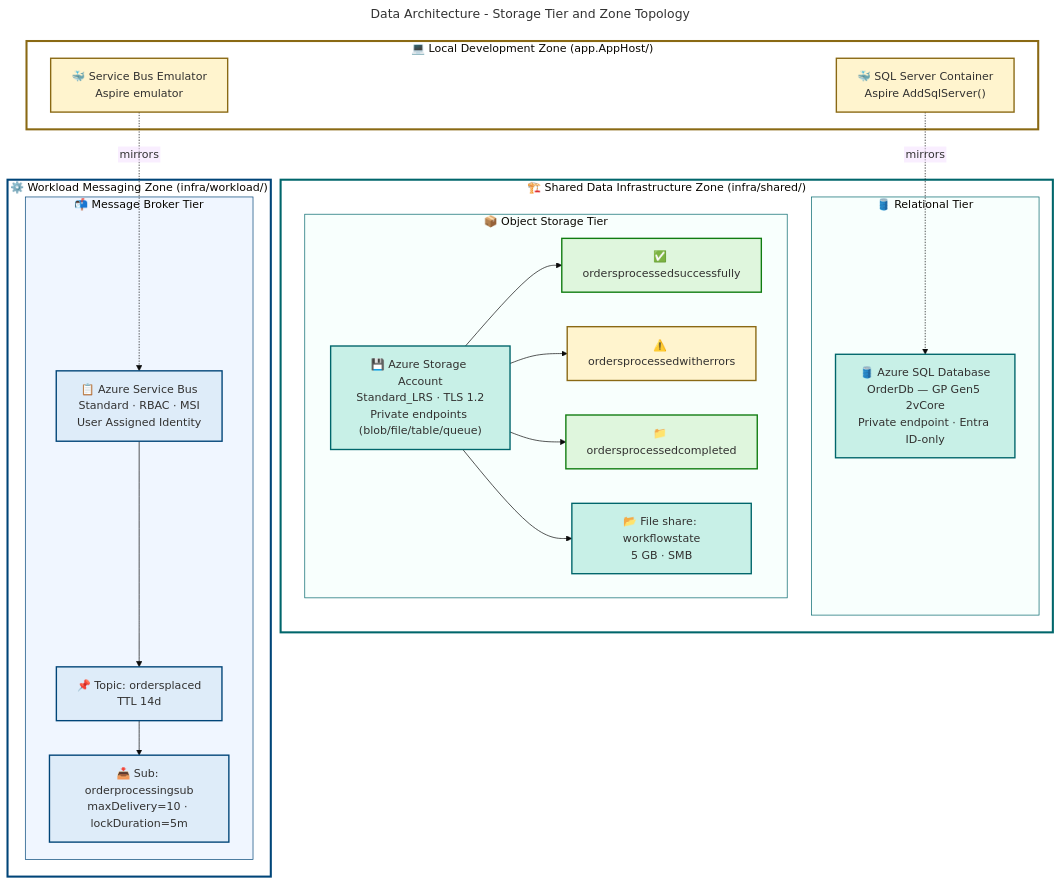
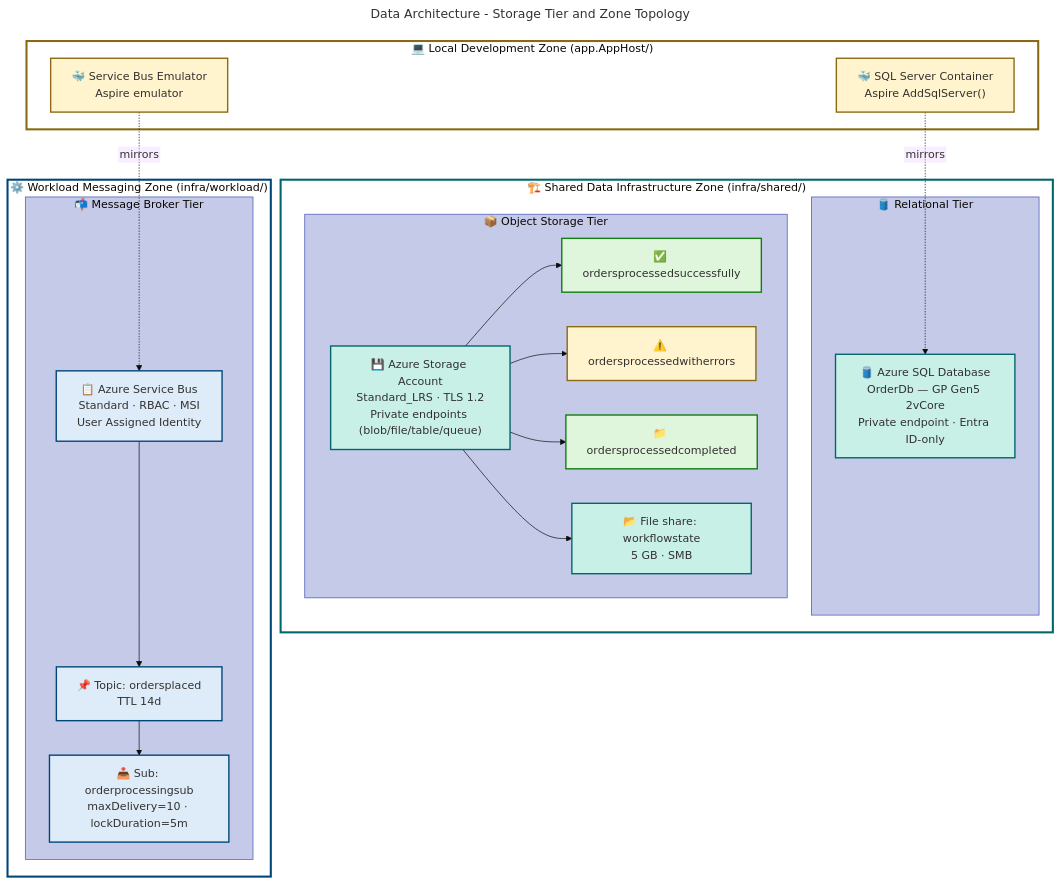
The first of 4 diagrams in docs/architecture/Data-Layer-Architecture.md (Evilazaro/Azure-LogicApps-Monitoring), drawn with Mermaid before and after one commit. The commit also changed other lines of this file, not shown here.

Commit message:
docs: update styling in Data Layer Architecture diagrams for improved visual consistency

````diff
--- a/docs/architecture/Data-Layer-Architecture.md
+++ b/docs/architecture/Data-Layer-Architecture.md
@@ -187,73 +187,73 @@
 ```mermaid
 ---
 title: Data Architecture - Storage Tier and Zone Topology
 config:
   theme: base
   themeVariables:
     fontSize: '16px'
   flowchart:
     htmlLabels: false
 ---
 flowchart TB
     accTitle: Data Architecture Storage Tier and Zone Topology
     accDescr: Shows the three-tier storage architecture with data zones, network isolation, and governance controls
 
     %% ═══════════════════════════════════════════════════════════════════════════
     %% AZURE / FLUENT ARCHITECTURE PATTERN v1.1
     %% (Semantic + Structural + Font + Accessibility Governance)
     %% ═══════════════════════════════════════════════════════════════════════════
     %% PHASE 1 - STRUCTURAL: TB direction, 3 tiers, shared + workload zones
     %% PHASE 2 - SEMANTIC: 4 colors (azureBlue, presenceTeal, warningOrange, successGreen)
     %% PHASE 3 - FONT: Dark text #323130 on light backgrounds (WCAG AA)
     %% PHASE 4 - ACCESSIBILITY: accTitle/accDescr present, icons on all nodes
     %% PHASE 5 - STANDARD: v1.1 format, style directives for subgraphs
     %% ═══════════════════════════════════════════════════════════════════════════
 
     subgraph sharedInfra["🏗️ Shared Data Infrastructure Zone (infra/shared/)"]
         subgraph relational["🛢️ Relational Tier"]
             SQL["🛢️ Azure SQL Database\nOrderDb — GP Gen5 2vCore\nPrivate endpoint · Entra ID-only"]:::presenceTeal
         end
         subgraph objectStorage["📦 Object Storage Tier"]
             STORAGE["💾 Azure Storage Account\nStandard_LRS · TLS 1.2\nPrivate endpoints (blob/file/table/queue)"]:::presenceTeal
             BLOB_OK["✅ ordersprocessedsuccessfully"]:::successGreen
             BLOB_ERR["⚠️ ordersprocessedwitherrors"]:::warningOrange
             BLOB_DONE["📁 ordersprocessedcompleted"]:::successGreen
             FILESHARE["📂 File share: workflowstate\n5 GB · SMB"]:::presenceTeal
         end
         STORAGE --> BLOB_OK
         STORAGE --> BLOB_ERR
         STORAGE --> BLOB_DONE
         STORAGE --> FILESHARE
     end
 
     subgraph workloadInfra["⚙️ Workload Messaging Zone (infra/workload/)"]
         subgraph messaging["📬 Message Broker Tier"]
             SB["📋 Azure Service Bus\nStandard · RBAC · MSI\nUser Assigned Identity"]:::azureBlue
             TOPIC["📌 Topic: ordersplaced\nTTL 14d"]:::azureBlue
             SUB["📥 Sub: orderprocessingsub\nmaxDelivery=10 · lockDuration=5m"]:::azureBlue
         end
         SB --> TOPIC --> SUB
     end
 
     subgraph localDev["💻 Local Development Zone (app.AppHost/)"]
         SQL_LOCAL["🐳 SQL Server Container\nAspire AddSqlServer()"]:::warningOrange
         SB_LOCAL["🐳 Service Bus Emulator\nAspire emulator"]:::warningOrange
     end
 
     SQL_LOCAL -.->|"mirrors"| SQL
     SB_LOCAL -.->|"mirrors"| SB
 
     %% Centralized classDefs
     classDef azureBlue fill:#DEECF9,stroke:#004578,stroke-width:2px,color:#323130
     classDef presenceTeal fill:#C8F0E7,stroke:#00666B,stroke-width:2px,color:#323130
     classDef warningOrange fill:#FFF4CE,stroke:#8A6914,stroke-width:2px,color:#323130
     classDef successGreen fill:#DFF6DD,stroke:#107C10,stroke-width:2px,color:#323130
 
     %% Centralized style directives for subgraphs
     style sharedInfra fill:#FFFFFF,stroke:#00666B,stroke-width:3px
     style workloadInfra fill:#FFFFFF,stroke:#004578,stroke-width:3px
     style localDev fill:#FFFFFF,stroke:#8A6914,stroke-width:3px
-    style relational fill:#F8FFFD,stroke:#00666B,stroke-width:1px
-    style objectStorage fill:#F8FFFD,stroke:#00666B,stroke-width:1px
-    style messaging fill:#F0F6FF,stroke:#004578,stroke-width:1px
+    style relational fill:#C5CAE9,stroke:#3F51B5,stroke-width:1px
+    style objectStorage fill:#C5CAE9,stroke:#3F51B5,stroke-width:1px
+    style messaging fill:#C5CAE9,stroke:#3F51B5,stroke-width:1px
 ```
````
